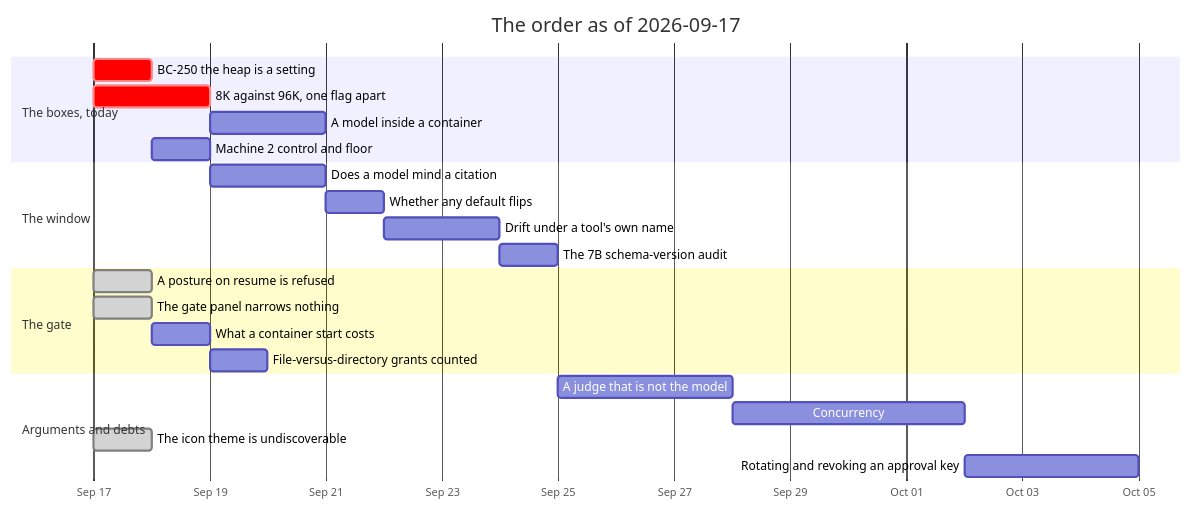
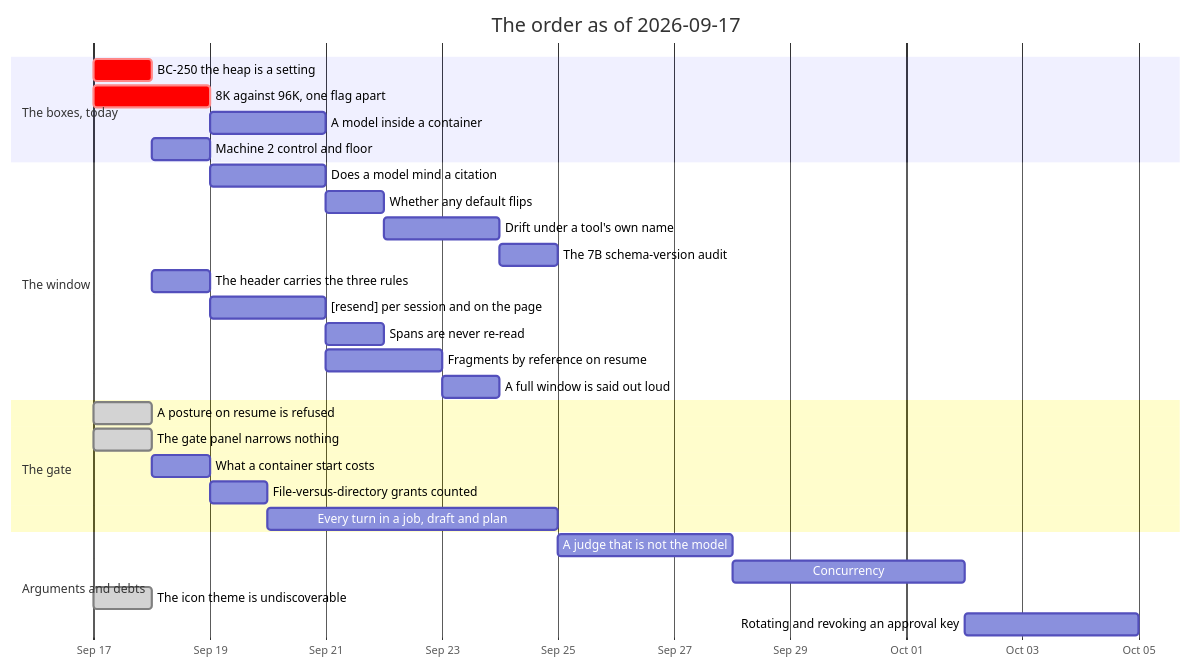
One commit to jgermade/luu changed the diagram in ROADMAP/2026-09-17/README.md. Above: the diagram before and after it, drawn with Mermaid. The commit also changed other lines of this file and 1 other file, not shown here.

First line of the commit message:
Record window rules as session facts, not process-wide settings (#38)

````diff
--- a/ROADMAP/2026-09-17/README.md
+++ b/ROADMAP/2026-09-17/README.md
@@ -115,26 +131,32 @@
 ```mermaid
 gantt
     title The order as of 2026-09-17
     dateFormat YYYY-MM-DD
     axisFormat %b %d
     section The boxes, today
     BC-250 the heap is a setting           :crit, gtt, 2026-09-17, 1d
     8K against 96K, one flag apart         :crit, ctx, 2026-09-17, 2d
     A model inside a container             :ctr, after ctx, 2d
     Machine 2 control and floor            :m2, after gtt, 1d
     section The window
     Does a model mind a citation           :cite, after ctx, 2d
     Whether any default flips              :flip, after cite, 1d
     Drift under a tool's own name          :drift, after flip, 2d
     The 7B schema-version audit            :audit, after drift, 1d
+    The header carries the three rules     :hdr, 2026-09-18, 1d
+    [resend] per session and on the page   :resend, after hdr, 2d
+    Spans are never re-read                :stale, after resend, 1d
+    Fragments by reference on resume       :frag, after resend, 2d
+    A full window is said out loud         :full, after frag, 1d
     section The gate
     A posture on resume is refused         :done, posture, 2026-09-17, 1d
     The gate panel narrows nothing         :done, panel, 2026-09-17, 1d
     What a container start costs           :cost, after panel, 1d
     File-versus-directory grants counted   :grants, after cost, 1d
+    Every turn in a job, draft and plan    :jobs, after grants, 5d
     section Arguments and debts
     A judge that is not the model          :judge, after audit, 3d
     Concurrency                            :conc, after judge, 4d
     The icon theme is undiscoverable       :done, icon, 2026-09-17, 1d
     Rotating and revoking an approval key  :keys, after conc, 3d
 ```
````
